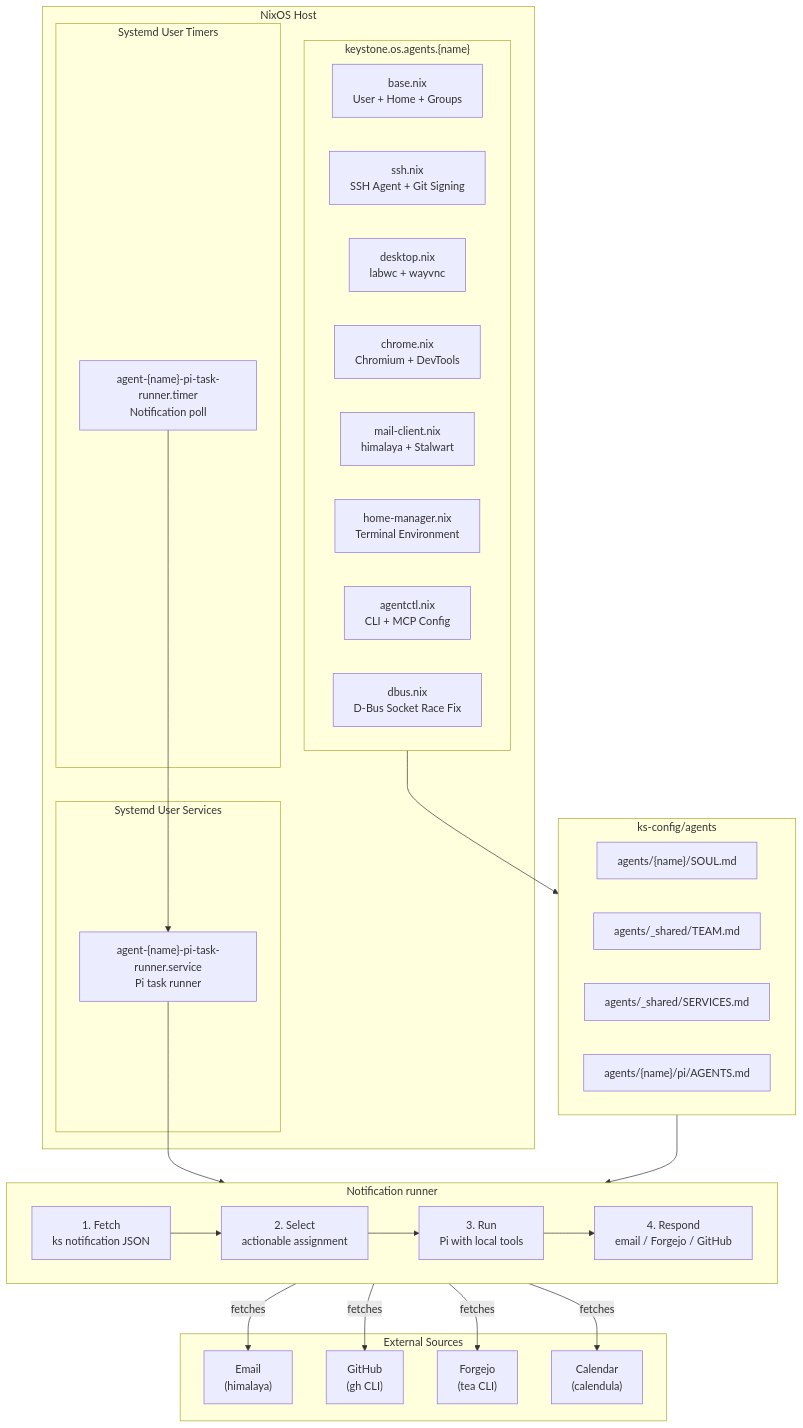
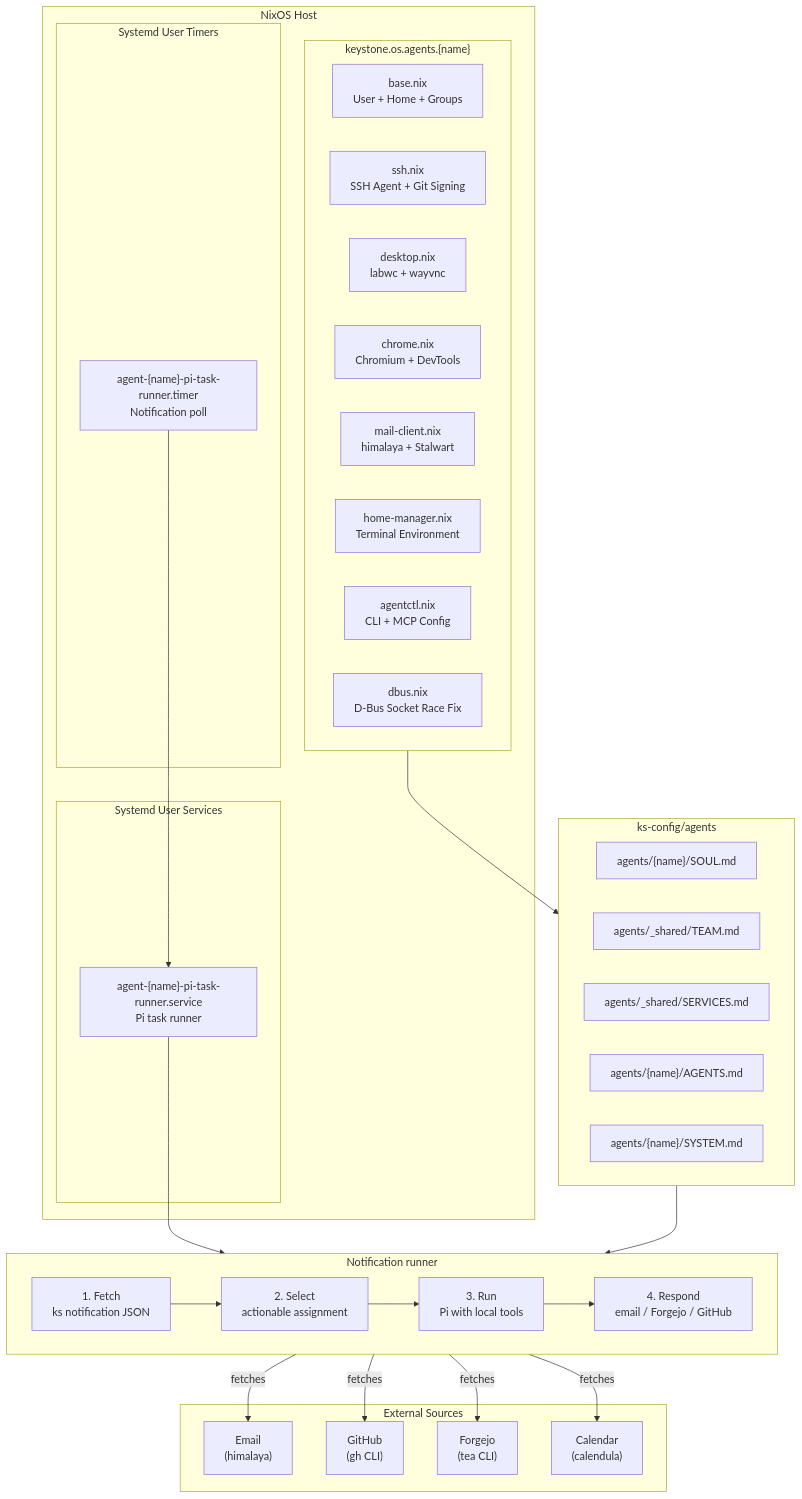
The first of 2 diagrams in docs/agents/os-agents.md (ncrmro/keystone), drawn with Mermaid before and after one commit. The commit also changed 5 other files, not shown here.

Commit message:
fix(agents): link pi system files from agent assets

````diff
--- a/docs/agents/os-agents.md
+++ b/docs/agents/os-agents.md
@@ -36,53 +36,54 @@
 ```mermaid
 flowchart TB
     subgraph NixOS["NixOS Host"]
         subgraph Provisioning["keystone.os.agents.{name}"]
             base["base.nix<br/>User + Home + Groups"]
             ssh["ssh.nix<br/>SSH Agent + Git Signing"]
             desktop["desktop.nix<br/>labwc + wayvnc"]
             chrome["chrome.nix<br/>Chromium + DevTools"]
             mail["mail-client.nix<br/>himalaya + Stalwart"]
             hm["home-manager.nix<br/>Terminal Environment"]
             agentctl["agentctl.nix<br/>CLI + MCP Config"]
             dbus["dbus.nix<br/>D-Bus Socket Race Fix"]
         end
 
         subgraph Timers["Systemd User Timers"]
             pi_timer["agent-{name}-pi-task-runner.timer<br/>Notification poll"]
         end
 
         subgraph Services["Systemd User Services"]
             pi_svc["agent-{name}-pi-task-runner.service<br/>Pi task runner"]
         end
     end
 
     subgraph Identity["ks-config/agents"]
         soul["agents/{name}/SOUL.md"]
         team["agents/_shared/TEAM.md"]
         services_doc["agents/_shared/SERVICES.md"]
-        pi_prompt["agents/{name}/pi/AGENTS.md"]
+        agent_prompt["agents/{name}/AGENTS.md"]
+        system_prompt["agents/{name}/SYSTEM.md"]
     end
 
     subgraph Pipeline["Notification runner"]
         direction LR
         fetch["1. Fetch<br/>ks notification JSON"]
         select["2. Select<br/>actionable assignment"]
         run["3. Run<br/>Pi with local tools"]
         respond["4. Respond<br/>email / Forgejo / GitHub"]
     end
 
     subgraph ExternalSources["External Sources"]
         email_src["Email<br/>(himalaya)"]
         github_src["GitHub<br/>(gh CLI)"]
         forgejo_src["Forgejo<br/>(tea CLI)"]
         calendar_src["Calendar<br/>(calendula)"]
     end
 
     pi_timer --> pi_svc
     pi_svc --> fetch
     fetch -->|"fetches"| email_src & github_src & forgejo_src & calendar_src
     fetch --> select --> run --> respond
 
     Provisioning --> Identity
     Identity --> run
 ```
````
